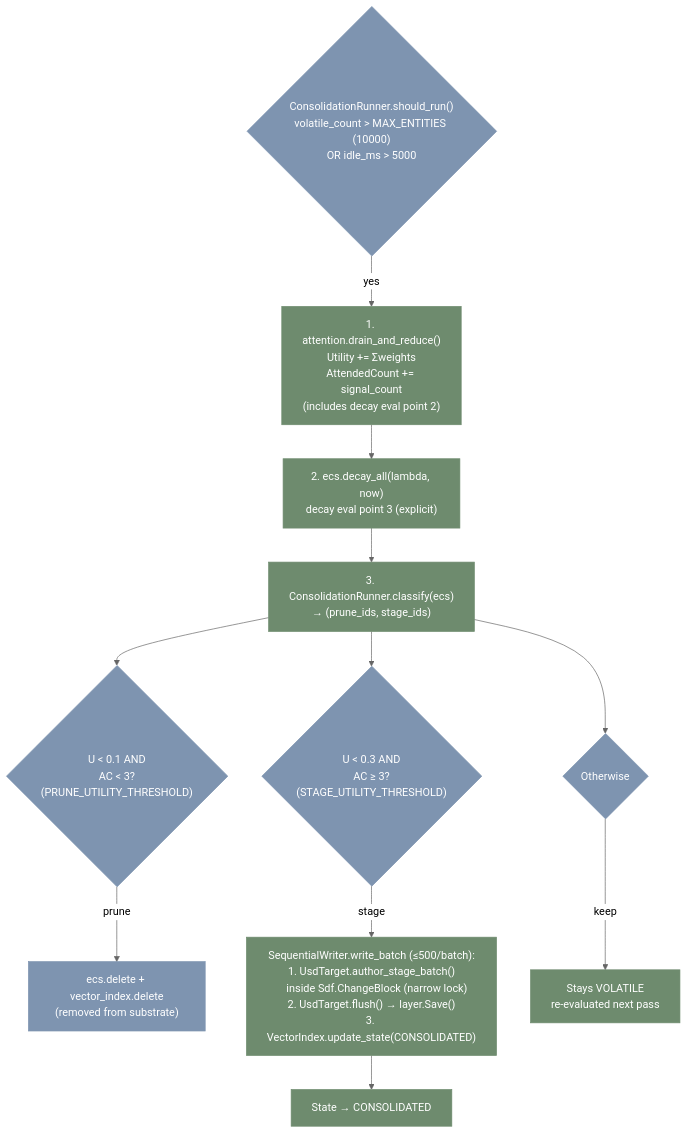
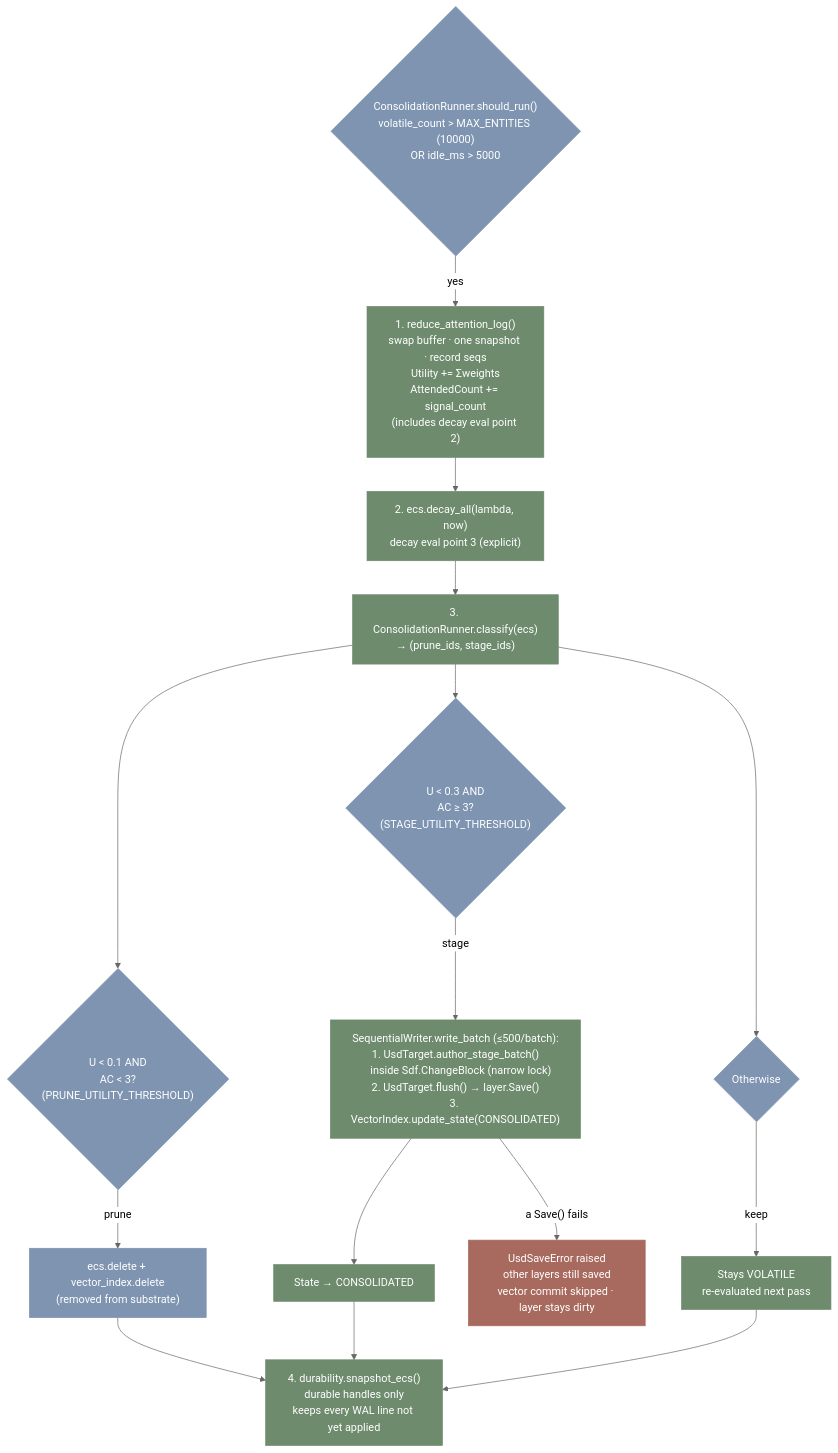
The fifth of 11 diagrams in README.md (JosephOIbrahim/Moneta), drawn with Mermaid (neutral theme) before and after one commit. The commit also changed other lines of this file and 5 other files, not shown here.

````diff
--- a/README.md
+++ b/README.md
@@ -377,22 +459,29 @@
 ```mermaid
 flowchart TD
-    trigger{"ConsolidationRunner.should_run()<br/>volatile_count > MAX_ENTITIES (10000)<br/>OR idle_ms > 5000"} -->|yes| drain_reduce["1. attention.drain_and_reduce()<br/>Utility += Σweights<br/>AttendedCount += signal_count<br/>(includes decay eval point 2)"]
+    trigger{"ConsolidationRunner.should_run()<br/>volatile_count > MAX_ENTITIES (10000)<br/>OR idle_ms > 5000"} -->|yes| drain_reduce["1. reduce_attention_log()<br/>swap buffer · one snapshot · record seqs<br/>Utility += Σweights<br/>AttendedCount += signal_count<br/>(includes decay eval point 2)"]
     drain_reduce --> decay3["2. ecs.decay_all(lambda, now)<br/>decay eval point 3 (explicit)"]
     decay3 --> classify["3. ConsolidationRunner.classify(ecs)<br/>→ (prune_ids, stage_ids)"]
 
     classify --> prune{"U &lt; 0.1 AND<br/>AC &lt; 3?<br/>(PRUNE_UTILITY_THRESHOLD)"}
     classify --> stage{"U &lt; 0.3 AND<br/>AC ≥ 3?<br/>(STAGE_UTILITY_THRESHOLD)"}
     classify --> keep{"Otherwise"}
 
     prune -->|prune| remove["ecs.delete + vector_index.delete<br/>(removed from substrate)"]
     stage -->|stage| seqwrite["SequentialWriter.write_batch (≤500/batch):<br/>1. UsdTarget.author_stage_batch()<br/>    inside Sdf.ChangeBlock (narrow lock)<br/>2. UsdTarget.flush() → layer.Save()<br/>3. VectorIndex.update_state(CONSOLIDATED)"]
     keep -->|keep| volatile["Stays VOLATILE<br/>re-evaluated next pass"]
 
     seqwrite --> consolidated["State → CONSOLIDATED"]
+    seqwrite -->|"a Save() fails"| usderr["UsdSaveError raised<br/>other layers still saved<br/>vector commit skipped · layer stays dirty"]
+    consolidated --> save["4. durability.snapshot_ecs()<br/>durable handles only<br/>keeps every WAL line not yet applied"]
+    volatile --> save
+    remove --> save
 
     classDef green fill:#6E8B6E,color:#fff,stroke:#6E8B6E
     classDef blue fill:#7E94B0,color:#fff,stroke:#7E94B0
 
-    class drain_reduce,decay3,classify,seqwrite,consolidated,volatile green
+    classDef red fill:#A86A5E,color:#fff,stroke:#A86A5E
+
+    class drain_reduce,decay3,classify,seqwrite,consolidated,volatile,save green
     class trigger,prune,stage,keep,remove blue
+    class usderr red
 ```
````
